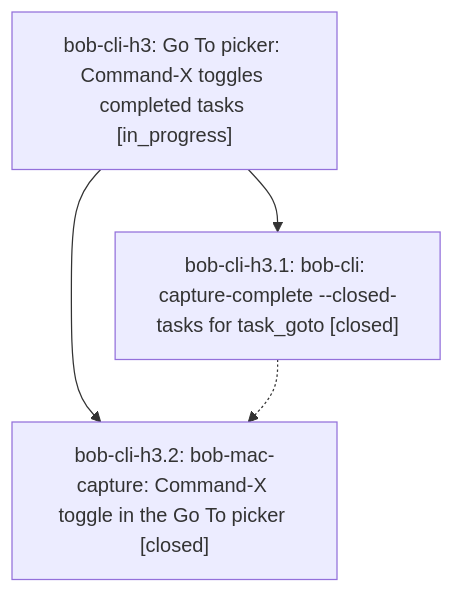
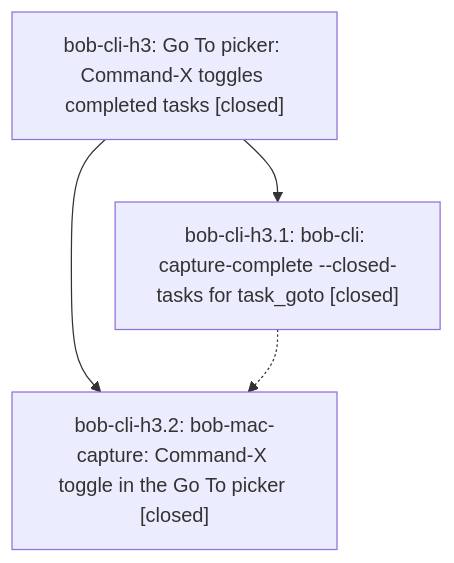
One commit to bobs-org/bob-cli--beads changed the diagram in pages/bob-cli-h3/README.md. Above: the diagram before and after it, drawn with Mermaid. The commit also changed other lines of this file, not shown here.

First line of the commit message:
chore(beads): sync bead state and pages for bob-cli-h3

````diff
--- a/pages/bob-cli-h3/README.md
+++ b/pages/bob-cli-h3/README.md
@@ -43,9 +51,9 @@
 ```mermaid
 flowchart TD
-    n0["bob-cli-h3: Go To picker: Command-X toggles completed tasks [in_progress]"]
+    n0["bob-cli-h3: Go To picker: Command-X toggles completed tasks [closed]"]
     n1["bob-cli-h3.1: bob-cli: capture-complete --closed-tasks for task_goto [closed]"]
     n2["bob-cli-h3.2: bob-mac-capture: Command-X toggle in the Go To picker [closed]"]
     n0 --> n1
     n0 --> n2
     n1 -.-> n2
 ```
````
